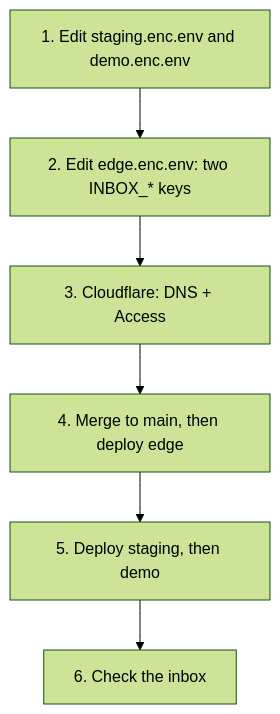
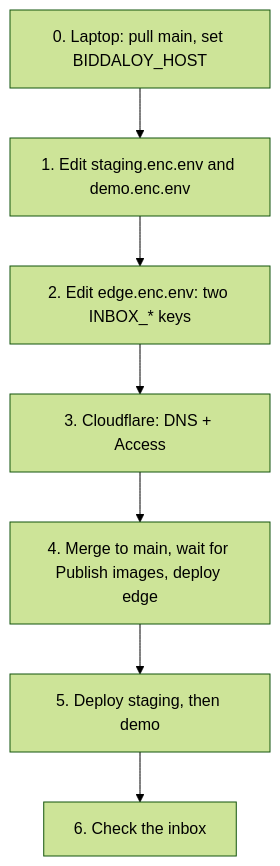
One commit to tareq89/biddaloy changed the sixth of 10 diagrams in docs/architecture/28-platform-runbook.md. Above: the diagram before and after it, drawn with Mermaid (forest theme). The commit also changed other lines of this file and 2 other files, not shown here.

First line of the commit message:
docs(deploy): test-inbox deploy lessons, plus a Bangla version

````diff
--- a/docs/architecture/28-platform-runbook.md
+++ b/docs/architecture/28-platform-runbook.md
@@ -1063,8 +1065,9 @@
 ```mermaid
 flowchart TD
-    A["1. Edit staging.enc.env and demo.enc.env"] --> B["2. Edit edge.enc.env: two INBOX_* keys"]
+    Z["0. Laptop: pull main, set BIDDALOY_HOST"] --> A["1. Edit staging.enc.env and demo.enc.env"]
+    A --> B["2. Edit edge.enc.env: two INBOX_* keys"]
     B --> C["3. Cloudflare: DNS + Access"]
-    C --> D["4. Merge to main, then deploy edge"]
+    C --> D["4. Merge to main, wait for Publish images, deploy edge"]
     D --> E["5. Deploy staging, then demo"]
     E --> F["6. Check the inbox"]
 ```
````
